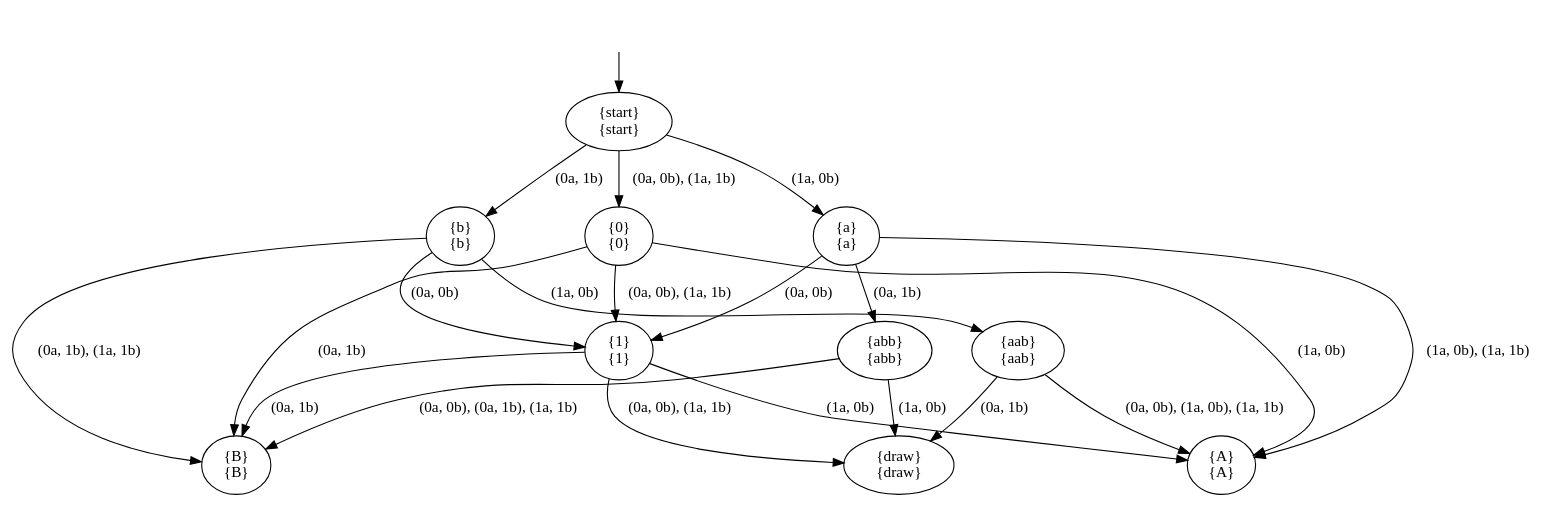
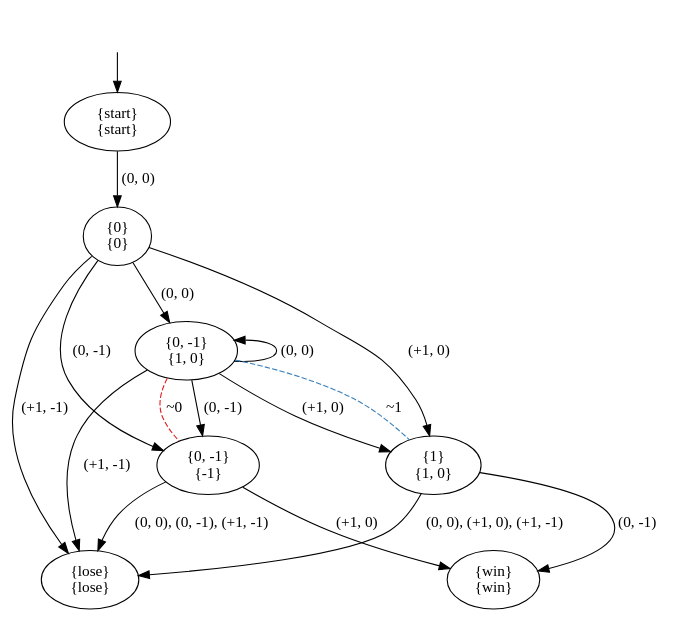
One commit to olandr/mkbsc changed the diagram in pictures/GK.dot. Above: the diagram before and after it, drawn with Graphviz. The commit also changed 6 other files, not shown here.

```diff
--- a/pictures/GK.dot
+++ b/pictures/GK.dot
@@ -1,37 +1,30 @@
 digraph  {
 concentrate=False;
 nodesep=0.5;
 ranksep=0.5;
 splines=True;
-4684286216 [label="{start}\n{start}"];
-4684285320 [label="{0}\n{0}"];
-4684285712 [label="{a}\n{a}"];
-4684284648 [label="{b}\n{b}"];
-4684286552 [label="{1}\n{1}"];
-4684287000 [label="{A}\n{A}"];
-4684287224 [label="{B}\n{B}"];
-4684285488 [label="{abb}\n{abb}"];
-4684287504 [label="{aab}\n{aab}"];
-4684287448 [label="{draw}\n{draw}"];
+4674569496 [label="{start}\n{start}"];
+4674569552 [label="{0}\n{0}"];
+4674569104 [label="{0, -1}\n{1, 0}"];
+4674572184 [label="{1}\n{1, 0}"];
+4674571568 [label="{0, -1}\n{-1}"];
+4674571848 [label="{lose}\n{lose}"];
+4674518936 [label="{win}\n{win}"];
 hidden [label="", shape=none];
-4684286216 -> 4684285712  [action="('1a', '0b')", key="('1a', '0b')", label="(1a, 0b)"];
-4684286216 -> 4684284648  [action="('0a', '1b')", key="('0a', '1b')", label="(0a, 1b)"];
-4684286216 -> 4684285320  [action="(('0a', '0b'), ('1a', '1b'))", key="(('0a', '0b'), ('1a', '1b'))", label="(0a, 0b), (1a, 1b)"];
-4684285320 -> 4684287000  [action="('1a', '0b')", key="('1a', '0b')", label="(1a, 0b)"];
-4684285320 -> 4684287224  [action="('0a', '1b')", key="('0a', '1b')", label="(0a, 1b)"];
-4684285320 -> 4684286552  [action="(('0a', '0b'), ('1a', '1b'))", key="(('0a', '0b'), ('1a', '1b'))", label="(0a, 0b), (1a, 1b)"];
-4684285712 -> 4684286552  [action="('0a', '0b')", key="('0a', '0b')", label="(0a, 0b)"];
-4684285712 -> 4684285488  [action="('0a', '1b')", key="('0a', '1b')", label="(0a, 1b)"];
-4684285712 -> 4684287000  [action="(('1a', '0b'), ('1a', '1b'))", key="(('1a', '0b'), ('1a', '1b'))", label="(1a, 0b), (1a, 1b)"];
-4684284648 -> 4684286552  [action="('0a', '0b')", key="('0a', '0b')", label="(0a, 0b)"];
-4684284648 -> 4684287504  [action="('1a', '0b')", key="('1a', '0b')", label="(1a, 0b)"];
-4684284648 -> 4684287224  [action="(('0a', '1b'), ('1a', '1b'))", key="(('0a', '1b'), ('1a', '1b'))", label="(0a, 1b), (1a, 1b)"];
-4684286552 -> 4684287000  [action="('1a', '0b')", key="('1a', '0b')", label="(1a, 0b)"];
-4684286552 -> 4684287224  [action="('0a', '1b')", key="('0a', '1b')", label="(0a, 1b)"];
-4684286552 -> 4684287448  [action="(('0a', '0b'), ('1a', '1b'))", key="(('0a', '0b'), ('1a', '1b'))", label="(0a, 0b), (1a, 1b)"];
-4684285488 -> 4684287448  [action="('1a', '0b')", key="('1a', '0b')", label="(1a, 0b)"];
-4684285488 -> 4684287224  [action="(('0a', '0b'), ('0a', '1b'), ('1a', '1b'))", key="(('0a', '0b'), ('0a', '1b'), ('1a', '1b'))", label="(0a, 0b), (0a, 1b), (1a, 1b)"];
-4684287504 -> 4684287448  [action="('0a', '1b')", key="('0a', '1b')", label="(0a, 1b)"];
-4684287504 -> 4684287000  [action="(('0a', '0b'), ('1a', '0b'), ('1a', '1b'))", key="(('0a', '0b'), ('1a', '0b'), ('1a', '1b'))", label="(0a, 0b), (1a, 0b), (1a, 1b)"];
-hidden -> 4684286216  [key=0];
+4674569496 -> 4674569552  [action="('0', '0')", key="('0', '0')", label="(0, 0)"];
+4674569552 -> 4674569104  [action="('0', '0')", key="('0', '0')", label="(0, 0)"];
+4674569552 -> 4674572184  [action="('+1', '0')", key="('+1', '0')", label="(+1, 0)"];
+4674569552 -> 4674571568  [action="('0', '-1')", key="('0', '-1')", label="(0, -1)"];
+4674569552 -> 4674571848  [action="('+1', '-1')", key="('+1', '-1')", label="(+1, -1)"];
+4674569104 -> 4674569104  [action="('0', '0')", dir=back, key="('0', '0')", label="(0, 0)"];
+4674569104 -> 4674572184  [action="('+1', '0')", key="('+1', '0')", label="(+1, 0)"];
+4674569104 -> 4674572184  [arrowhead=none, color=2, colorscheme=set19, constraint=True, key=1, label="~1", style=dashed];
+4674569104 -> 4674571568  [action="('0', '-1')", key="('0', '-1')", label="(0, -1)"];
+4674569104 -> 4674571568  [arrowhead=none, color=1, colorscheme=set19, constraint=True, key=1, label="~0", style=dashed];
+4674569104 -> 4674571848  [action="('+1', '-1')", key="('+1', '-1')", label="(+1, -1)"];
+4674572184 -> 4674518936  [action="('0', '-1')", key="('0', '-1')", label="(0, -1)"];
+4674572184 -> 4674571848  [action="(('0', '0'), ('+1', '0'), ('+1', '-1'))", key="(('0', '0'), ('+1', '0'), ('+1', '-1'))", label="(0, 0), (+1, 0), (+1, -1)"];
+4674571568 -> 4674518936  [action="('+1', '0')", key="('+1', '0')", label="(+1, 0)"];
+4674571568 -> 4674571848  [action="(('0', '0'), ('0', '-1'), ('+1', '-1'))", key="(('0', '0'), ('0', '-1'), ('+1', '-1'))", label="(0, 0), (0, -1), (+1, -1)"];
+hidden -> 4674569496  [key=0];
 }
```
